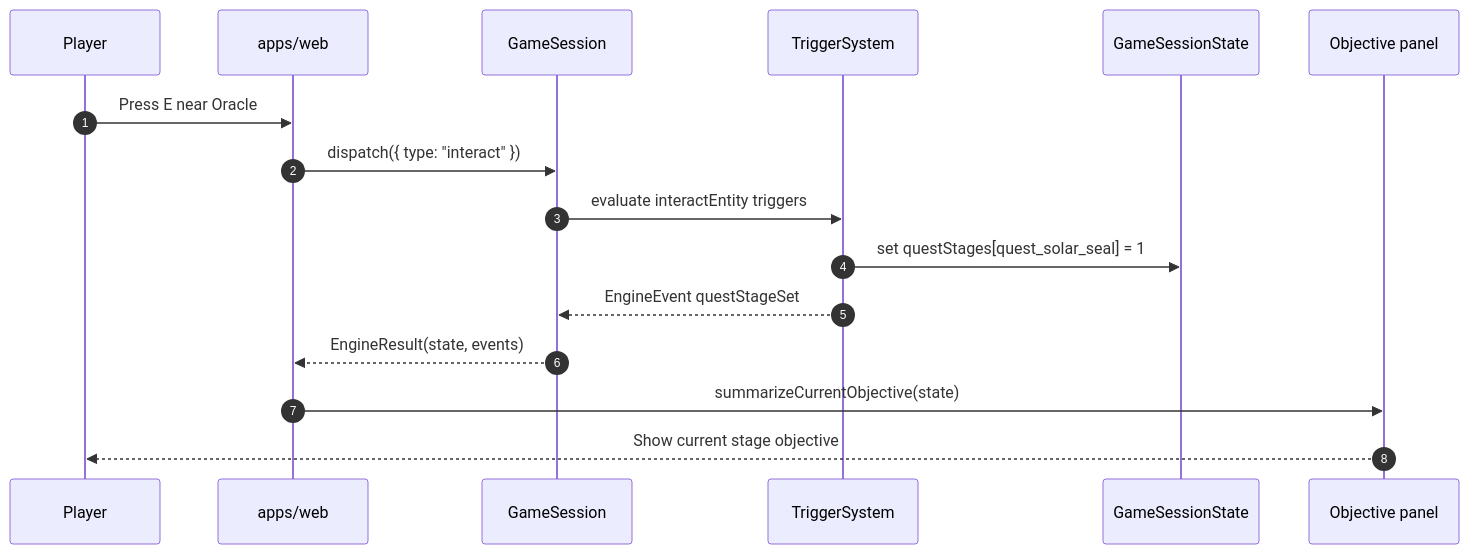
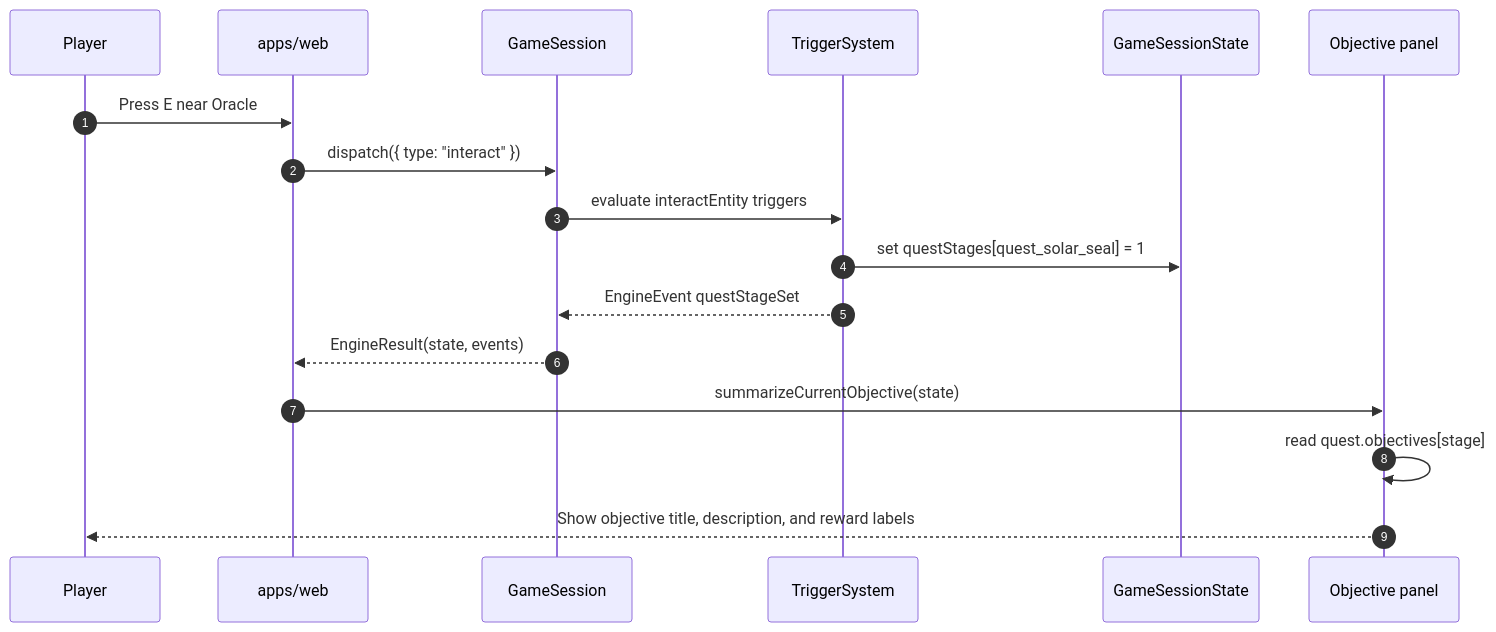
Diagram 16 of 41 in docs/system-reference.md (ianohlander/ACS), drawn with Mermaid before and after one commit. The commit also changed other lines of this file and 21 other files, not shown here.

Commit message:
Complete milestone 23 quest objective objects

````diff
--- a/docs/system-reference.md
+++ b/docs/system-reference.md
@@ -725,19 +758,20 @@
 ```mermaid
 sequenceDiagram
   autonumber
   participant Player
   participant Browser as apps/web
   participant Session as GameSession
   participant Trigger as TriggerSystem
   participant State as GameSessionState
   participant UI as Objective panel
 
   Player->>Browser: Press E near Oracle
   Browser->>Session: dispatch({ type: "interact" })
   Session->>Trigger: evaluate interactEntity triggers
   Trigger->>State: set questStages[quest_solar_seal] = 1
   Trigger-->>Session: EngineEvent questStageSet
   Session-->>Browser: EngineResult(state, events)
   Browser->>UI: summarizeCurrentObjective(state)
-  UI-->>Player: Show current stage objective
+  UI->>UI: read quest.objectives[stage]
+  UI-->>Player: Show objective title, description, and reward labels
 ```
````
